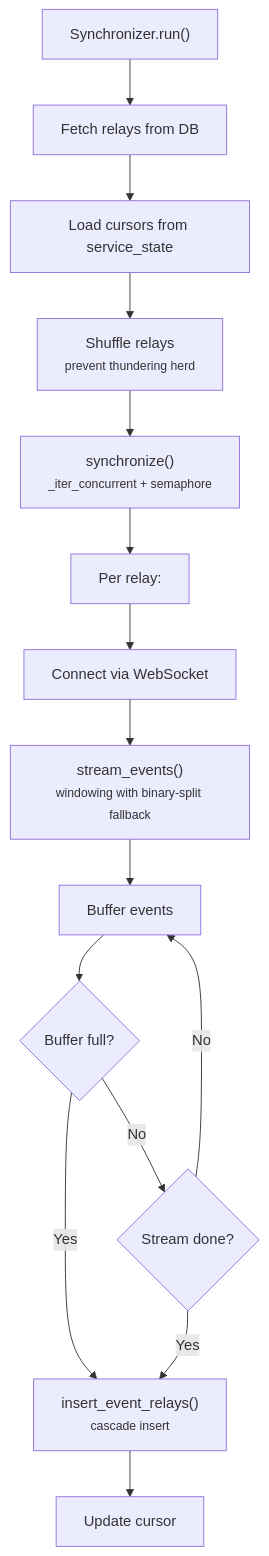
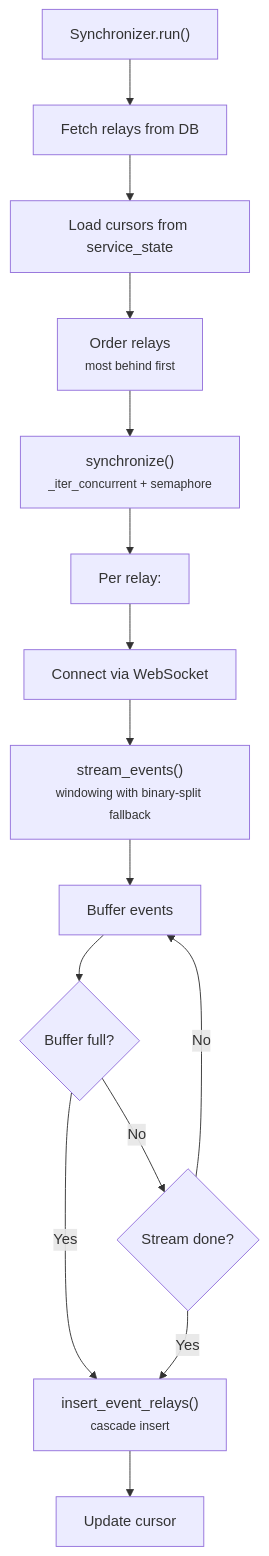
One commit to BigBrotr/bigbrotr changed the fourth of 5 diagrams in docs/user-guide/services.md. Above: the diagram before and after it, drawn with Mermaid. The commit also changed other lines of this file and 6 other files, not shown here.

````diff
--- a/docs/user-guide/services.md
+++ b/docs/user-guide/services.md
@@ -285,18 +293,18 @@
 ```mermaid
 flowchart TD
     A["Synchronizer.run()"] --> B["Fetch relays from DB"]
     B --> C["Load cursors from service_state"]
-    C --> D["Shuffle relays<br/><small>prevent thundering herd</small>"]
+    C --> D["Order relays<br/><small>most behind first</small>"]
     D --> E["synchronize()<br/><small>_iter_concurrent + semaphore</small>"]
     E --> F["Per relay:"]
     F --> G["Connect via WebSocket"]
     G --> H["stream_events()<br/><small>windowing with binary-split fallback</small>"]
     H --> I["Buffer events"]
     I --> J{Buffer full?}
     J -->|Yes| K["insert_event_relays()<br/><small>cascade insert</small>"]
     J -->|No| L{Stream done?}
     L -->|Yes| K
     L -->|No| I
     K --> M["Update cursor"]
 
 ```
````
